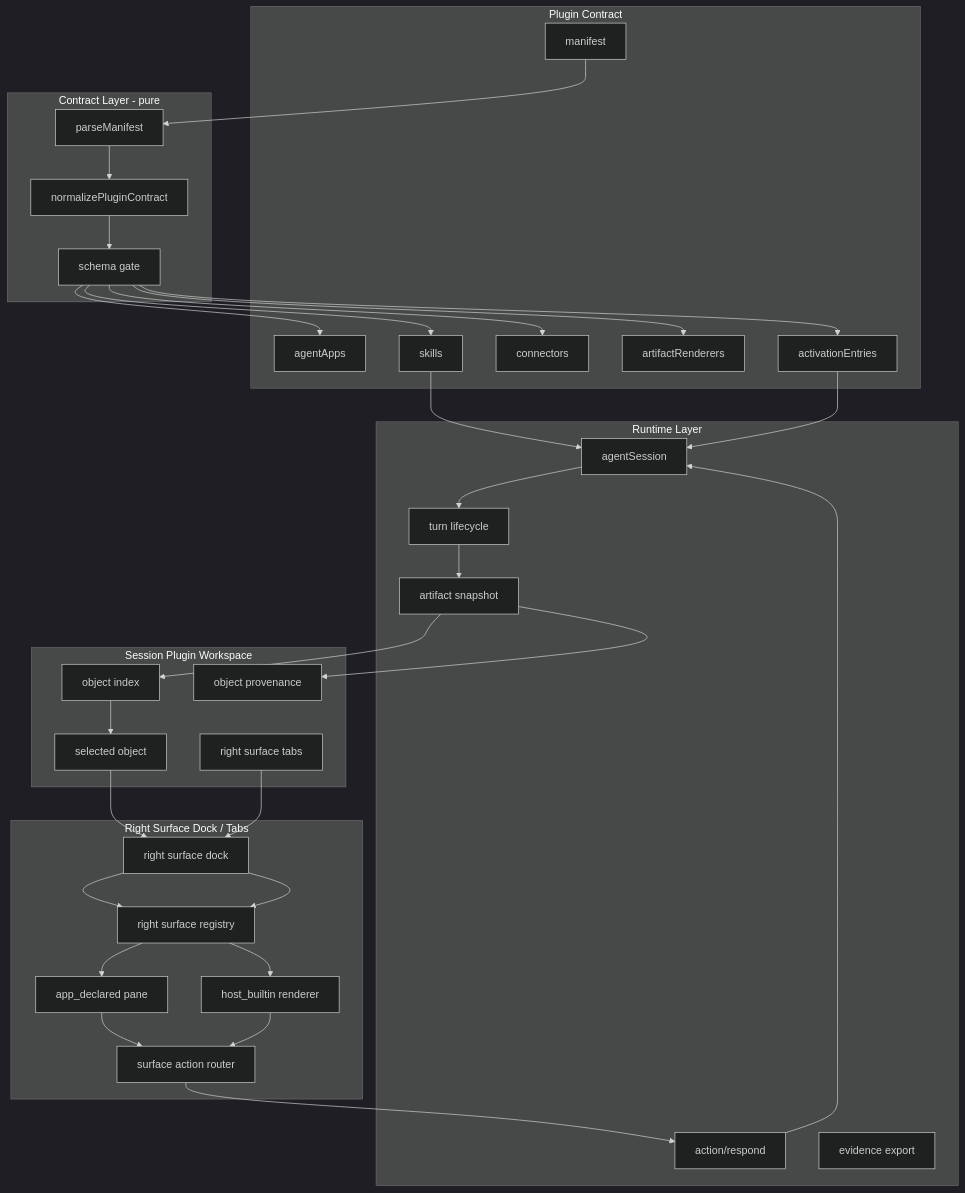
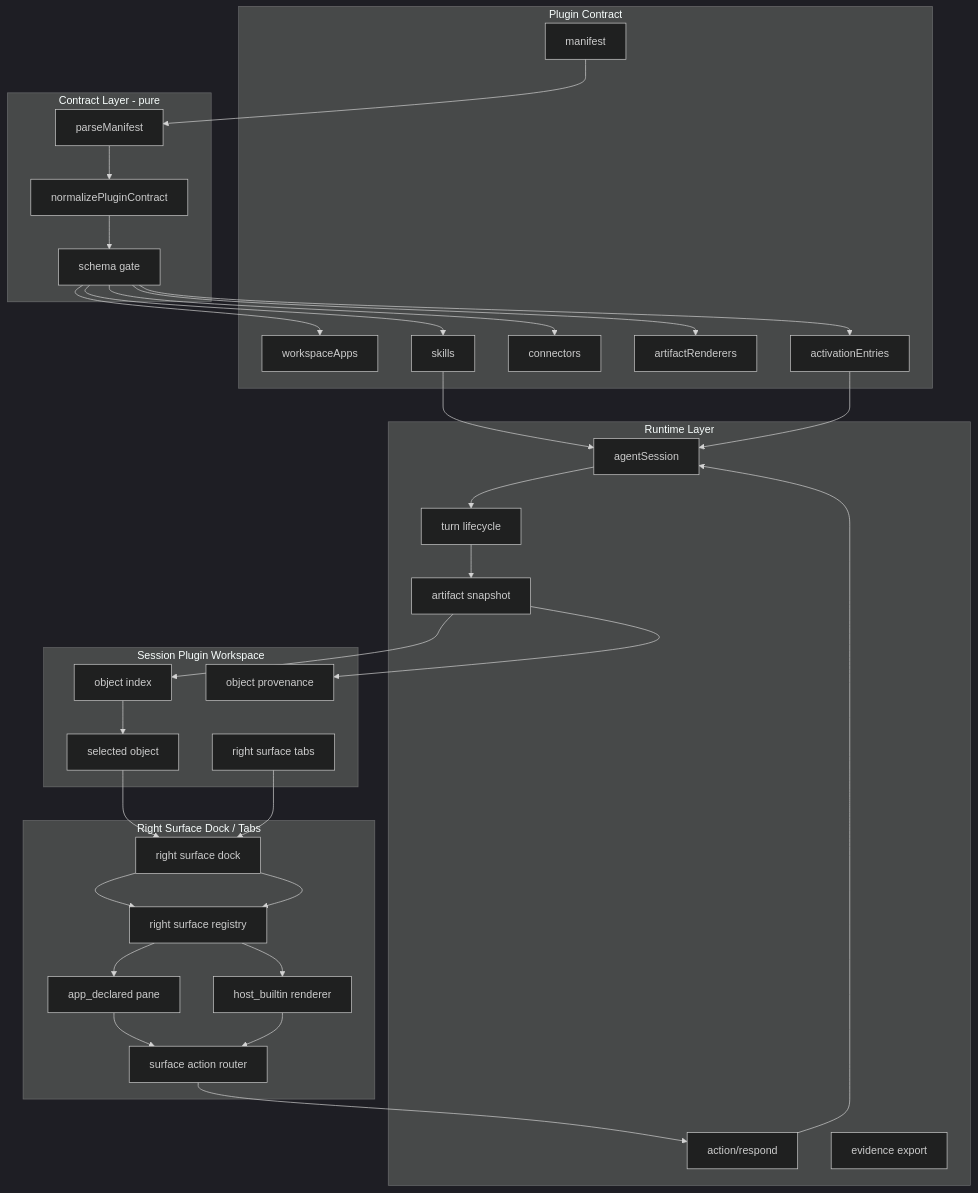
One commit to jiujuan/lime changed the third of 7 diagrams in internal/roadmap/plugin/architecture.md. Above: the diagram before and after it, drawn with Mermaid (dark theme). The commit also changed other lines of this file and 58 other files, not shown here.

````diff
--- a/internal/roadmap/plugin/architecture.md
+++ b/internal/roadmap/plugin/architecture.md
@@ -97,58 +97,58 @@
 ```mermaid
 flowchart TD
   subgraph PluginContract[Plugin Contract]
     Manifest[manifest]
-    Apps[agentApps]
+    WorkspaceApps[workspaceApps]
     Skills[skills]
     Connectors[connectors]
     Renderers[artifactRenderers]
     Entries[activationEntries]
   end
 
   subgraph ContractLayer[Contract Layer - pure]
     Parse[parseManifest]
     Normalize[normalizePluginContract]
     Guard[schema gate]
   end
 
   subgraph RuntimeLayer[Runtime Layer]
     Session[agentSession]
     Turn[turn lifecycle]
     Action[action/respond]
     Artifact[artifact snapshot]
     Evidence[evidence export]
   end
 
   subgraph WorkspaceLayer[Session Plugin Workspace]
     Index[object index]
     Selection[selected object]
     Tabs[right surface tabs]
     Provenance[object provenance]
   end
 
   subgraph SurfaceLayer[Right Surface Dock / Tabs]
     Dock[right surface dock]
     Registry[right surface registry]
     Builtin[host_builtin renderer]
     Declared[app_declared pane]
     Router[surface action router]
   end
 
   Manifest --> Parse --> Normalize --> Guard
-  Guard --> Apps
+  Guard --> WorkspaceApps
   Guard --> Skills
   Guard --> Connectors
   Guard --> Renderers
   Guard --> Entries
   Skills --> Session
   Entries --> Session
   Session --> Turn --> Artifact --> Index
   Artifact --> Provenance
   Index --> Selection --> Dock
   Tabs --> Dock
   Dock --> Registry --> Builtin
   Dock --> Registry --> Declared
   Declared --> Router --> Action
   Builtin --> Router
   Action --> Session
 ```
````
